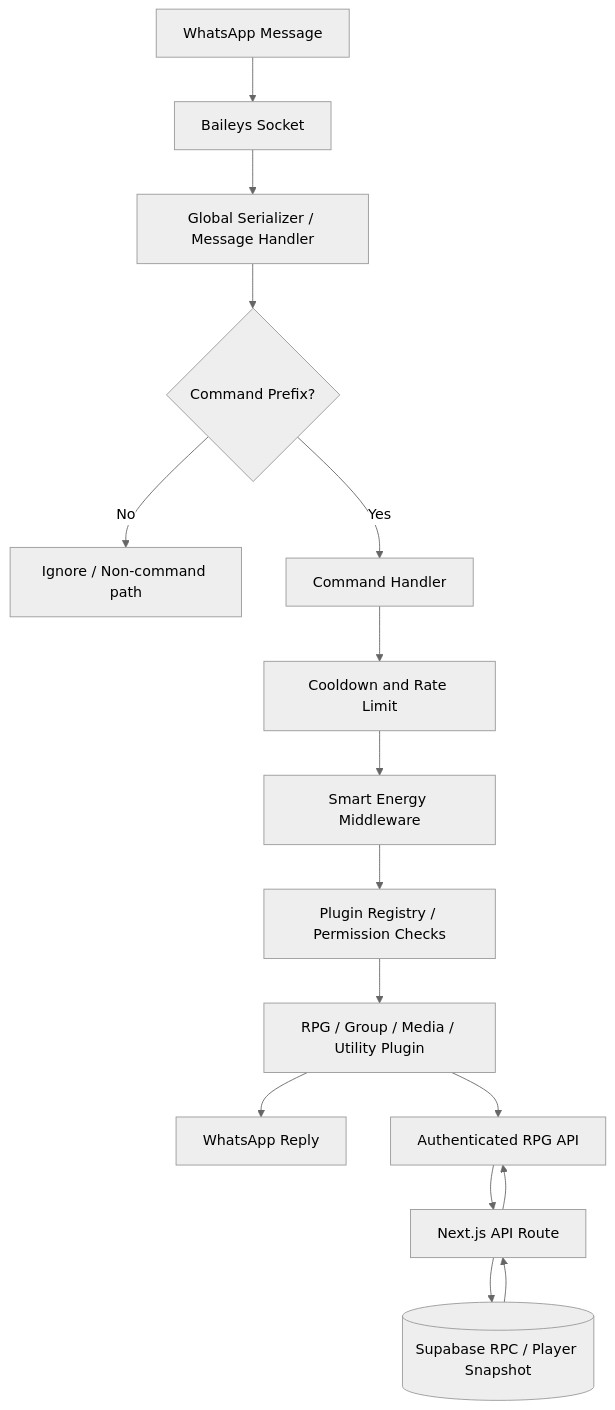
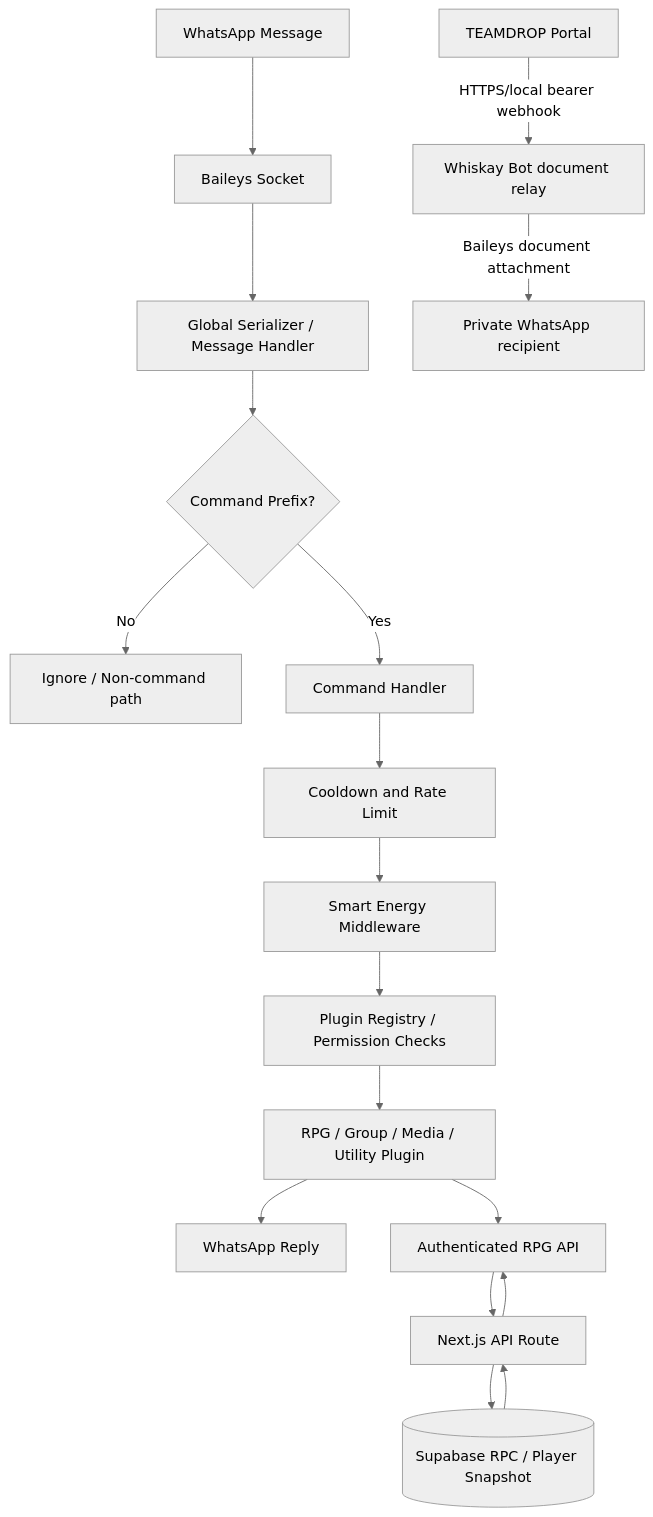
One commit to razzaqinspires/whiskay-bot changed the second of 5 diagrams in README.md. Above: the diagram before and after it, drawn with Mermaid (neutral theme). The commit also changed other lines of this file and 252 other files, not shown here.

Commit message:
chore(whiskay): snapshot local changes Monday 2026-11-02 07:32:28 WIB

````diff
--- a/README.md
+++ b/README.md
@@ -82,17 +214,19 @@
 ```mermaid
 graph TD
     A[WhatsApp Message] --> B[Baileys Socket]
     B --> C[Global Serializer / Message Handler]
     C --> D{Command Prefix?}
     D -- No --> E[Ignore / Non-command path]
     D -- Yes --> F[Command Handler]
     F --> G[Cooldown and Rate Limit]
     G --> H[Smart Energy Middleware]
     H --> I[Plugin Registry / Permission Checks]
     I --> J[RPG / Group / Media / Utility Plugin]
     J --> K[WhatsApp Reply]
     J --> L[Authenticated RPG API]
     L --> M[Next.js API Route]
     M --> N[(Supabase RPC / Player Snapshot)]
     N --> M --> L
+    T[TEAMDROP Portal] -->|HTTPS/local bearer webhook| W[Whiskay Bot document relay]
+    W -->|Baileys document attachment| X[Private WhatsApp recipient]
 ```
````
